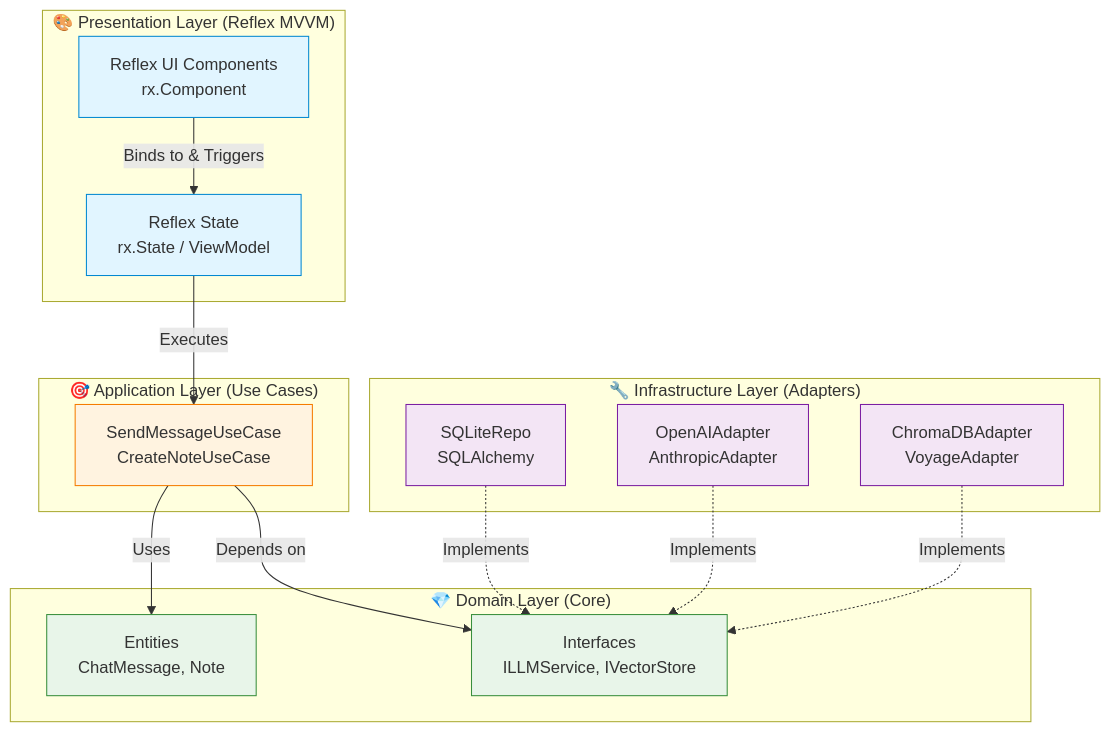
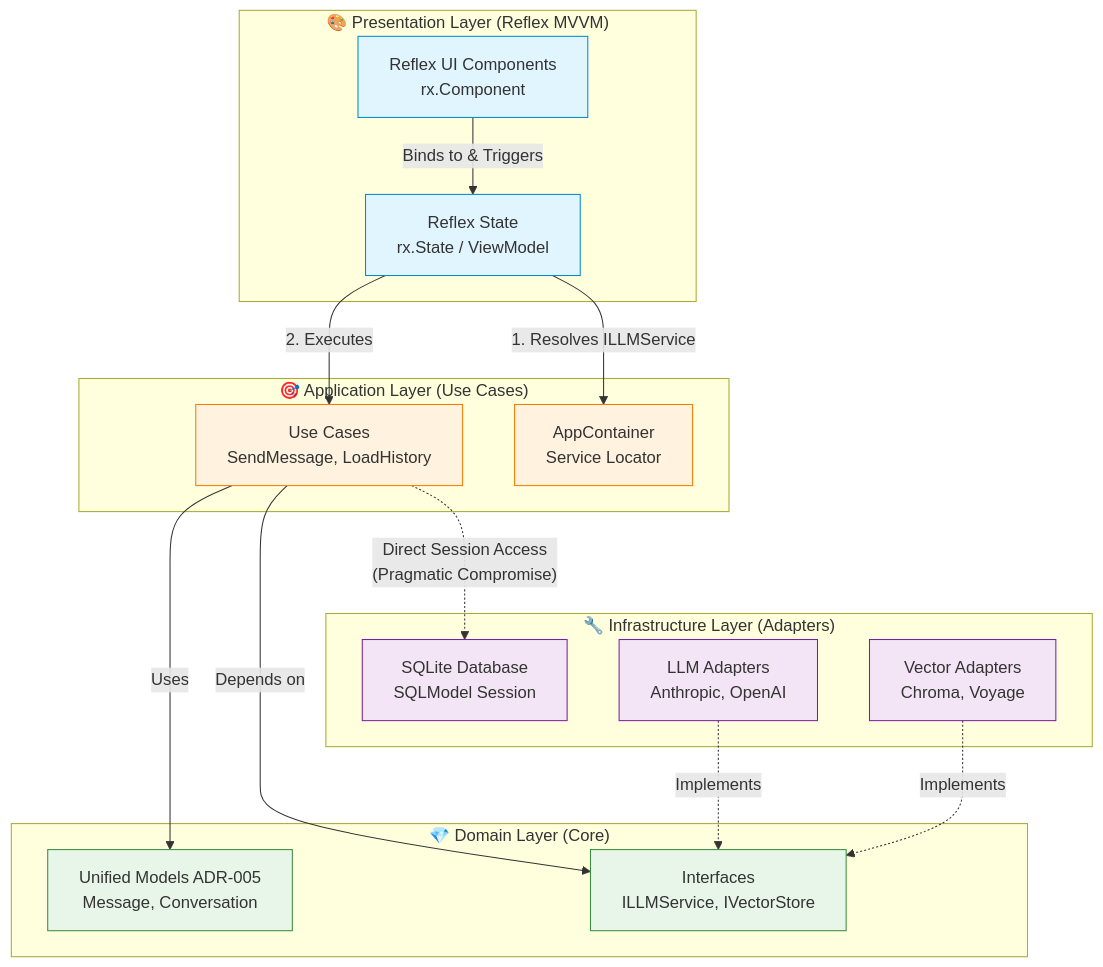
One commit to m1981/mychat-reflex changed the first of 2 diagrams in doc/02-architecture.md. Above: the diagram before and after it, drawn with Mermaid. The commit also changed other lines of this file, not shown here.

Commit message:
docs: update architecture diagrams with unified models

````diff
--- a/doc/02-architecture.md
+++ b/doc/02-architecture.md
@@ -1,43 +1,48 @@
 ```mermaid
 graph TD
     subgraph "🎨 Presentation Layer (Reflex MVVM)"
         UI[Reflex UI Components<br/>rx.Component]
         STATE[Reflex State<br/>rx.State / ViewModel]
 
         UI -- "Binds to & Triggers" --> STATE
     end
 
     subgraph "🎯 Application Layer (Use Cases)"
-        UC[SendMessageUseCase<br/>CreateNoteUseCase]
+        UC[Use Cases<br/>SendMessage, LoadHistory]
+        DI[AppContainer<br/>Service Locator]
 
-        STATE -- "Executes" --> UC
+        STATE -- "1. Resolves ILLMService" --> DI
+        STATE -- "2. Executes" --> UC
     end
 
     subgraph "💎 Domain Layer (Core)"
-        ENT[Entities<br/>ChatMessage, Note]
+        ENT[Unified Models ADR-005<br/>Message, Conversation]
         INT[Interfaces<br/>ILLMService, IVectorStore]
 
         UC -- "Uses" --> ENT
         UC -- "Depends on" --> INT
     end
 
     subgraph "🔧 Infrastructure Layer (Adapters)"
-        SQL[SQLiteRepo<br/>SQLAlchemy]
-        OAI[OpenAIAdapter<br/>AnthropicAdapter]
-        VDB[ChromaDBAdapter<br/>VoyageAdapter]
+        SQL[SQLite Database<br/>SQLModel Session]
+        OAI[LLM Adapters<br/>Anthropic, OpenAI]
+        VDB[Vector Adapters<br/>Chroma, Voyage]
 
-        SQL -. "Implements" .-> INT
         OAI -. "Implements" .-> INT
         VDB -. "Implements" .-> INT
+
+        %% The Pragmatic Compromise
+        UC -. "Direct Session Access<br/>(Pragmatic Compromise)" .-> SQL
     end
 
     %% Styling
     style UI fill:#e1f5ff,stroke:#0288d1
     style STATE fill:#e1f5ff,stroke:#0288d1
     style UC fill:#fff3e0,stroke:#f57c00
+    style DI fill:#fff3e0,stroke:#f57c00
     style ENT fill:#e8f5e9,stroke:#388e3c
     style INT fill:#e8f5e9,stroke:#388e3c
     style SQL fill:#f3e5f5,stroke:#7b1fa2
     style OAI fill:#f3e5f5,stroke:#7b1fa2
     style VDB fill:#f3e5f5,stroke:#7b1fa2
 ```
````
